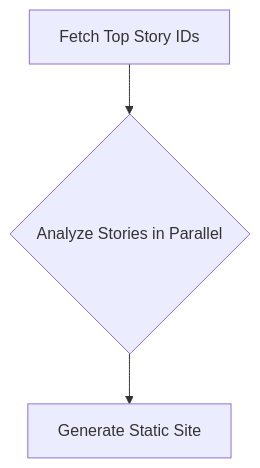
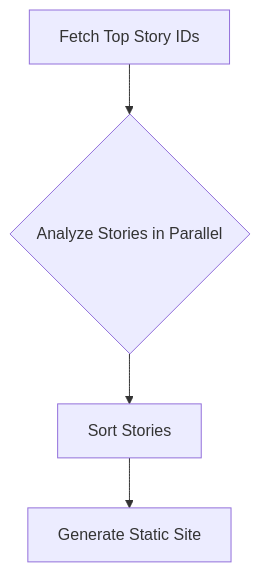
The diagram in docs/design.md (philipf/yml-ai), drawn with Mermaid before and after one commit. The commit also changed other lines of this file and 5 other files, not shown here.

````diff
--- a/docs/design.md
+++ b/docs/design.md
@@ -27,5 +28,6 @@
 ```mermaid
 flowchart TD
     Fetch[Fetch Top Story IDs] --> Analyze{Analyze Stories in Parallel}
-    Analyze --> Generate[Generate Static Site]
+    Analyze --> Sort[Sort Stories]
+    Sort --> Generate[Generate Static Site]
 ```
````
